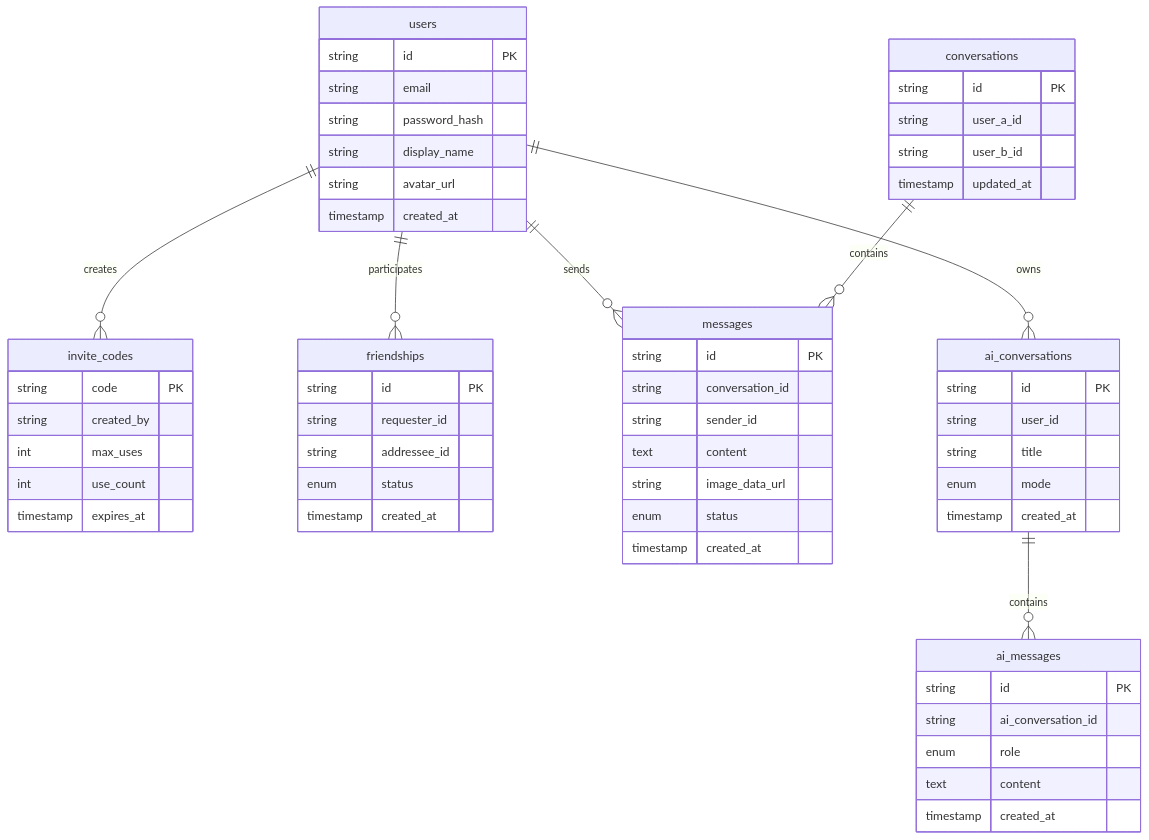
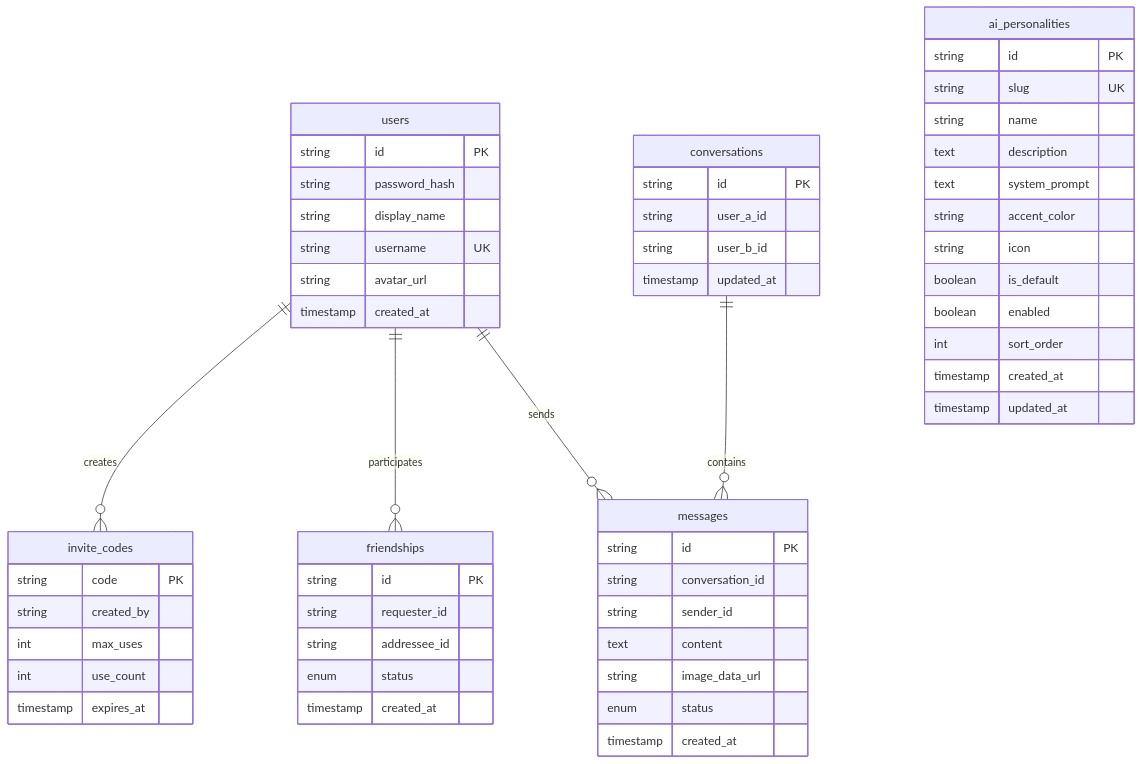
One commit to AINativeSchool/demo-school-chat changed the second of 4 diagrams in TECHNICAL_DESIGN.md. Above: the diagram before and after it, drawn with Mermaid. The commit also changed other lines of this file and 76 other files, not shown here.

````diff
--- a/TECHNICAL_DESIGN.md
+++ b/TECHNICAL_DESIGN.md
@@ -78,67 +102,64 @@
 ```mermaid
 erDiagram
   users ||--o{ invite_codes : creates
   users ||--o{ friendships : participates
   users ||--o{ messages : sends
-  users ||--o{ ai_conversations : owns
   conversations ||--o{ messages : contains
-  ai_conversations ||--o{ ai_messages : contains
 
   users {
     string id PK
-    string email
     string password_hash
     string display_name
+    string username UK
     string avatar_url
     timestamp created_at
   }
 
   invite_codes {
     string code PK
     string created_by
     int max_uses
     int use_count
     timestamp expires_at
   }
 
   friendships {
     string id PK
     string requester_id
     string addressee_id
     enum status
     timestamp created_at
   }
 
   conversations {
     string id PK
     string user_a_id
     string user_b_id
     timestamp updated_at
   }
 
   messages {
     string id PK
     string conversation_id
     string sender_id
     text content
     string image_data_url
     enum status
     timestamp created_at
   }
 
-  ai_conversations {
+  ai_personalities {
     string id PK
-    string user_id
-    string title
-    enum mode
+    string slug UK
+    string name
+    text description
+    text system_prompt
+    string accent_color
+    string icon
+    boolean is_default
+    boolean enabled
+    int sort_order
     timestamp created_at
-  }
-
-  ai_messages {
-    string id PK
-    string ai_conversation_id
-    enum role
-    text content
-    timestamp created_at
+    timestamp updated_at
   }
 ```
````
